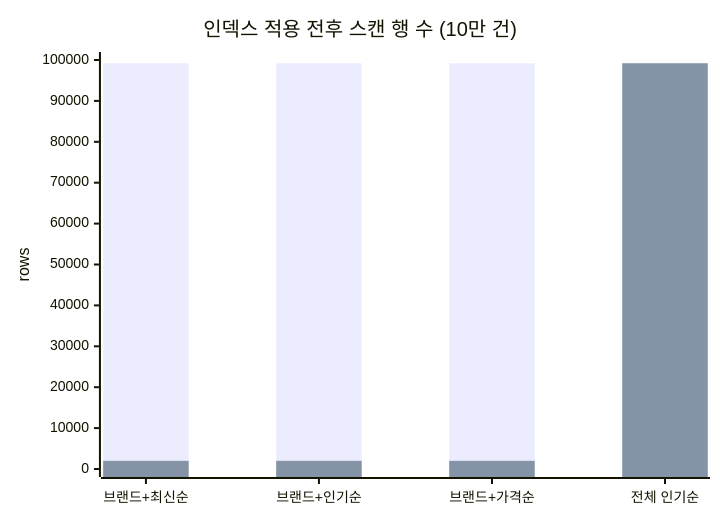
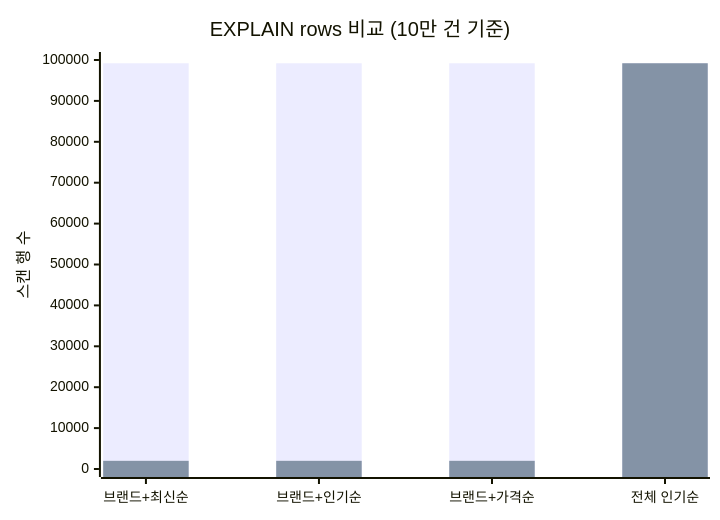
Before and after one commit to hyungkishin/hyungkishin.github.io: the second of 10 diagrams in contents/posts/roopers/technical-writing/round5/index.md, drawn with Mermaid. The commit also changed other lines of this file, not shown here.

````diff
--- a/contents/posts/roopers/technical-writing/round5/index.md
+++ b/contents/posts/roopers/technical-writing/round5/index.md
@@ -49,8 +156,8 @@
 ```mermaid
 xychart-beta
-    title "인덱스 적용 전후 스캔 행 수 (10만 건)"
+    title "EXPLAIN rows 비교 (10만 건 기준)"
     x-axis ["브랜드+최신순", "브랜드+인기순", "브랜드+가격순", "전체 인기순"]
-    y-axis "rows" 0 --> 100000
+    y-axis "스캔 행 수" 0 --> 100000
     bar [99203, 99203, 99203, 99203]
     bar [2000, 2000, 2000, 99203]
 ```
````
